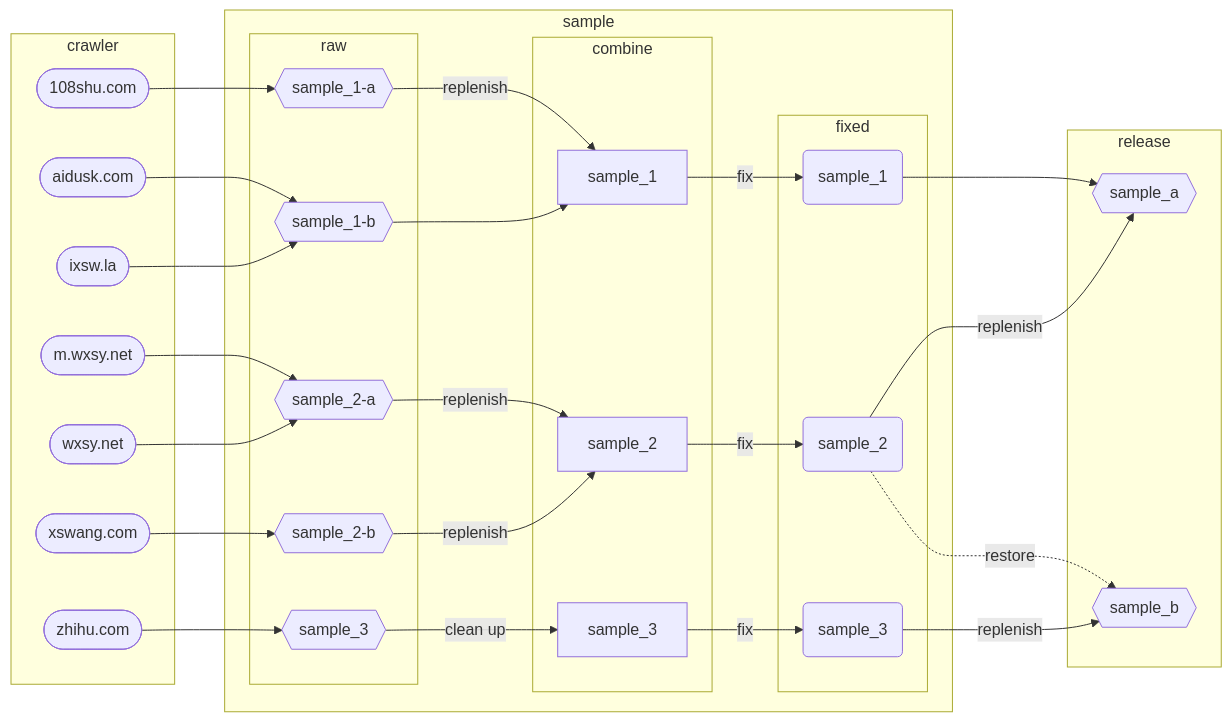
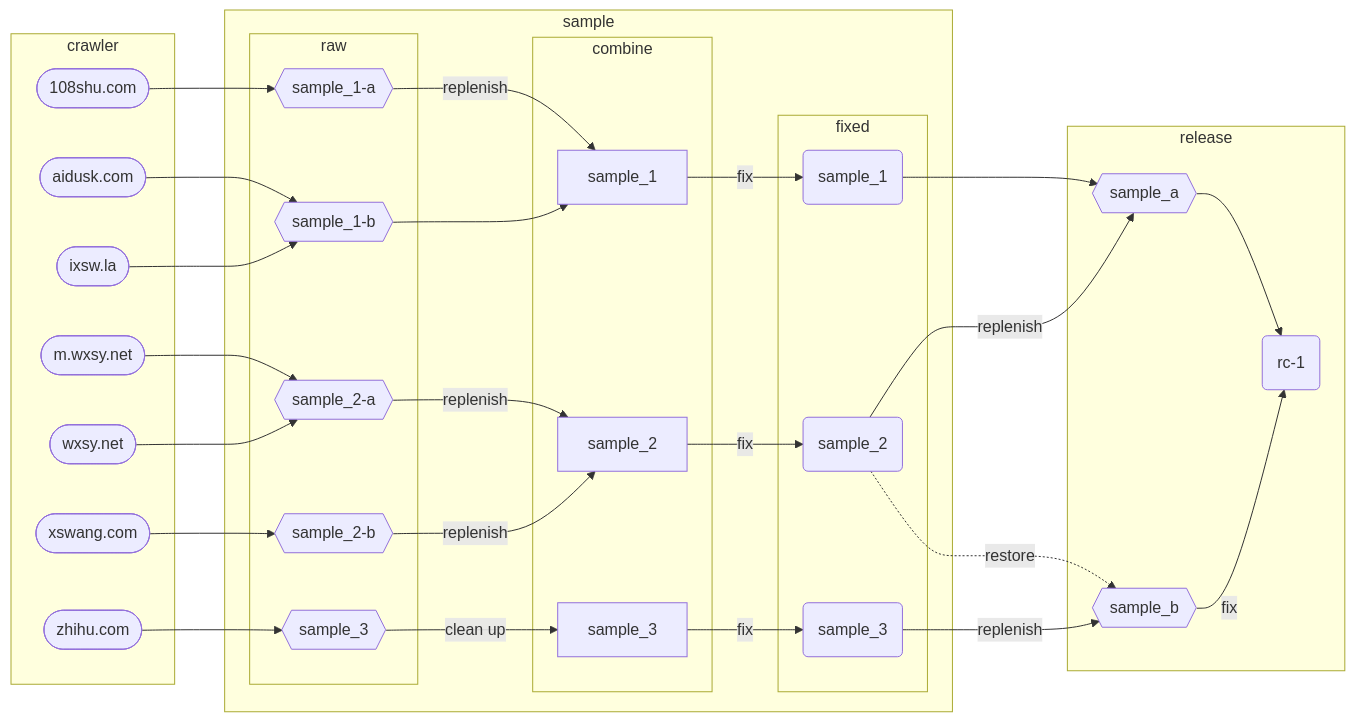
Before and after one commit to dnomd343/xxrs-crawler: the diagram in README.md, drawn with Mermaid.

Commit message:
docs: add `rc-1` release process

````diff
--- a/README.md
+++ b/README.md
@@ -3,54 +3,58 @@
 ```mermaid
   graph LR
     subgraph sample
       subgraph raw
         s1a_raw{{sample_1-a}}
         s1b_raw{{sample_1-b}}
         s2a_raw{{sample_2-a}}
         s2b_raw{{sample_2-b}}
         s3_raw{{sample_3}}
       end
 
       subgraph combine
         s1_combine[sample_1]
         s2_combine[sample_2]
         s3_combine[sample_3]
       end
 
       subgraph fixed
         s1_fixed(sample_1)
         s2_fixed(sample_2)
         s3_fixed(sample_3)
       end
 
       s1a_raw -- replenish --> s1_combine
       s1b_raw --> s1_combine
       s2a_raw -- replenish --> s2_combine
       s2b_raw -- replenish --> s2_combine
       s3_raw -- clean up --> s3_combine
 
       s1_combine -- fix --> s1_fixed
       s2_combine -- fix --> s2_fixed
       s3_combine -- fix --> s3_fixed
     end
 
     subgraph crawler
       source_1([108shu.com]) --> s1a_raw
       source_2([aidusk.com]) --> s1b_raw
       source_3([ixsw.la]) --> s1b_raw
       source_4([m.wxsy.net]) --> s2a_raw
       source_5([wxsy.net]) --> s2a_raw
       source_6([xswang.com]) --> s2b_raw
       source_7([zhihu.com]) --> s3_raw
     end
 
     subgraph release
       sa{{sample_a}}
       sb{{sample_b}}
+      rc-1(rc-1)
 
       s1_fixed --> sa
       s2_fixed -- replenish --> sa
       s2_fixed -. restore .-> sb
       s3_fixed -- replenish --> sb
+
+      sa --> rc-1
+      sb -- fix --> rc-1
     end
 ```
````
